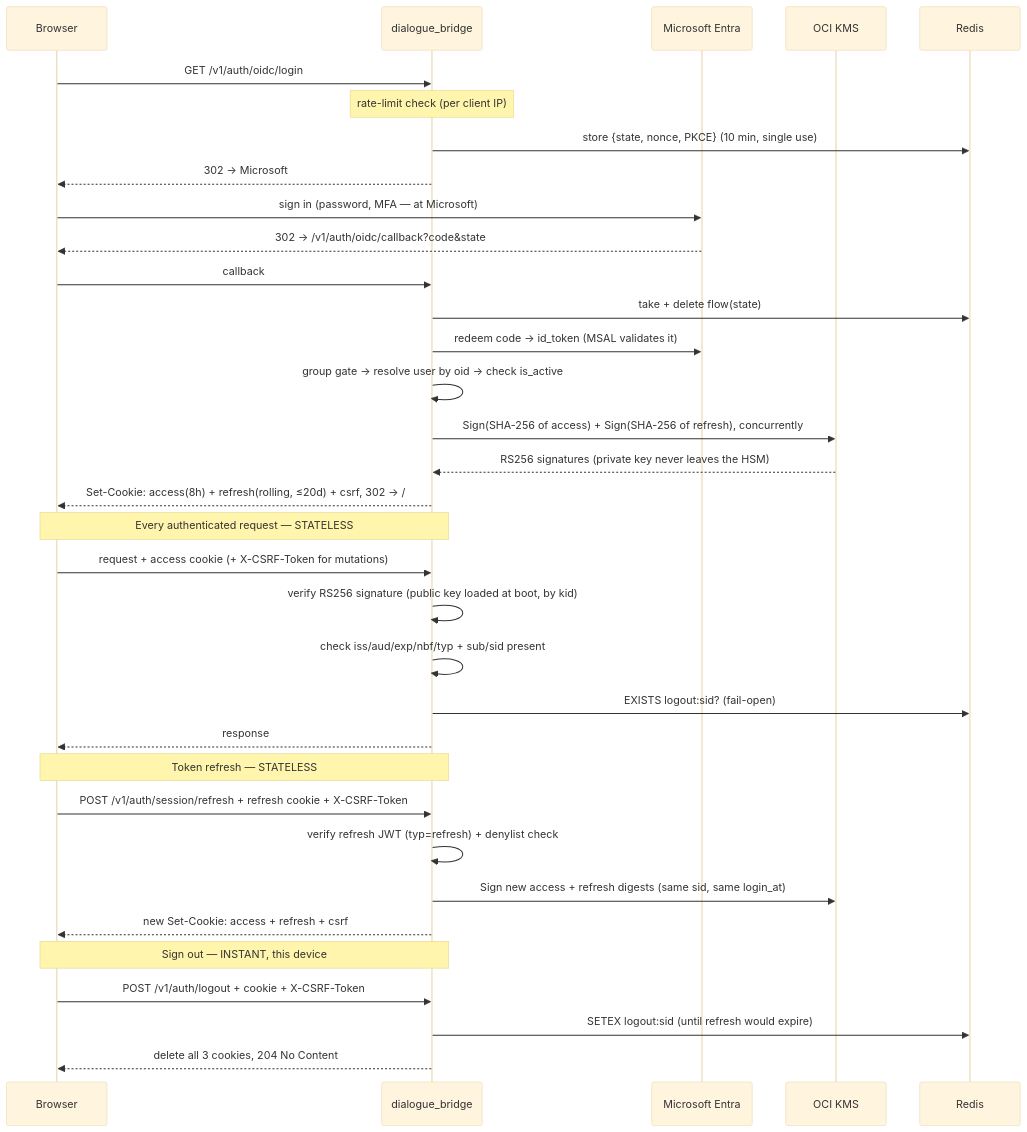
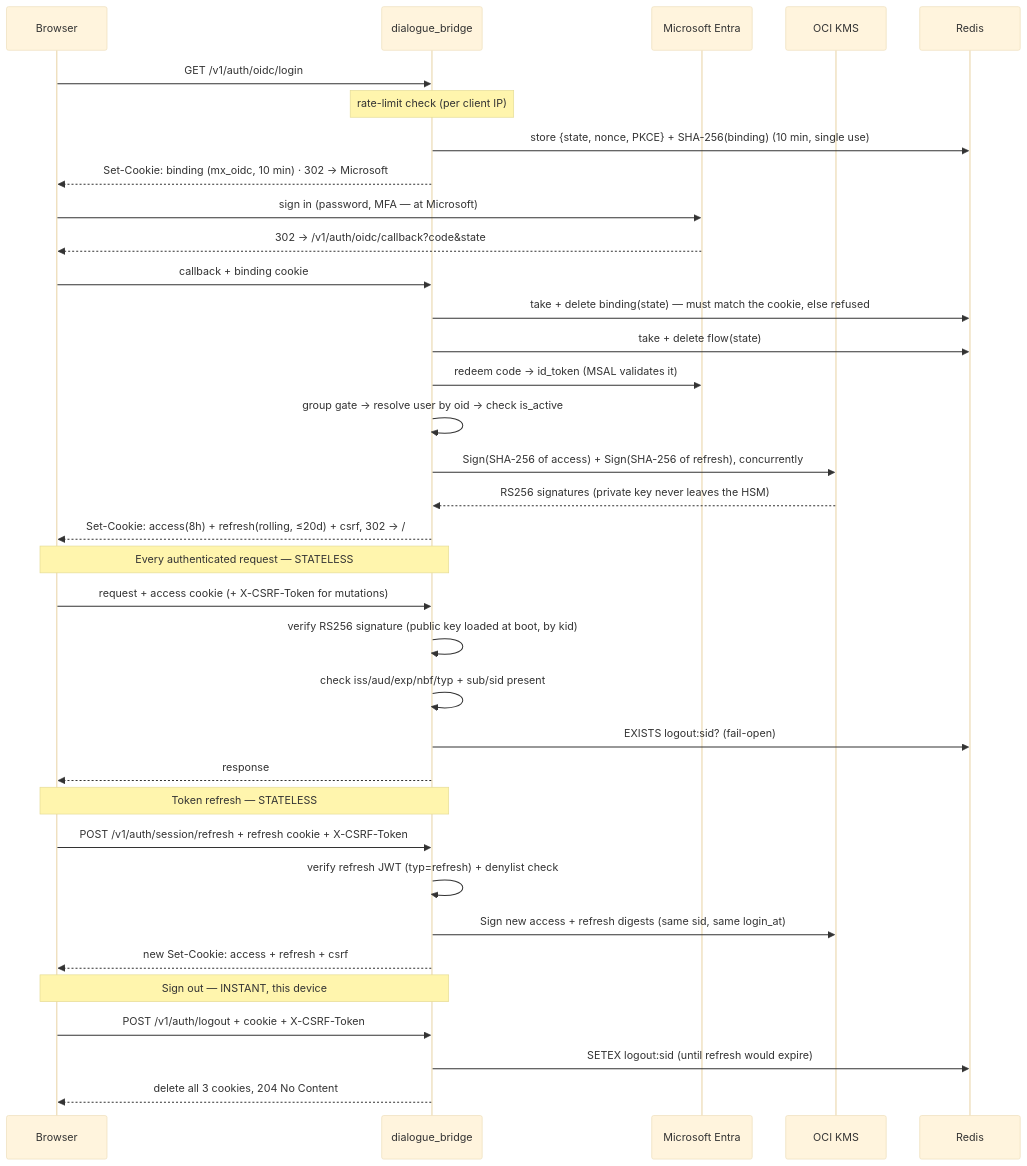
One commit to konstantinosmpouros/mAgenticX changed the second of 13 diagrams in docs/flows/authentication-and-session.md. Above: the diagram before and after it, drawn with Mermaid (base theme). The commit also changed other lines of this file and 9 other files, not shown here.

Commit message:
fix(dialogue_bridge): bind each Microsoft sign-in to the browser that started it to stop login CSRF

````diff
--- a/docs/flows/authentication-and-session.md
+++ b/docs/flows/authentication-and-session.md
@@ -37,40 +37,41 @@
 ```mermaid
 sequenceDiagram
     participant B as Browser
     participant Bridge as dialogue_bridge
     participant E as Microsoft Entra
     participant KMS as OCI KMS
     participant Redis as Redis
 
     B->>Bridge: GET /v1/auth/oidc/login
     Note over Bridge: rate-limit check (per client IP)
-    Bridge->>Redis: store {state, nonce, PKCE} (10 min, single use)
-    Bridge-->>B: 302 → Microsoft
+    Bridge->>Redis: store {state, nonce, PKCE} + SHA-256(binding) (10 min, single use)
+    Bridge-->>B: Set-Cookie: binding (mx_oidc, 10 min) · 302 → Microsoft
     B->>E: sign in (password, MFA — at Microsoft)
     E-->>B: 302 → /v1/auth/oidc/callback?code&state
-    B->>Bridge: callback
+    B->>Bridge: callback + binding cookie
+    Bridge->>Redis: take + delete binding(state) — must match the cookie, else refused
     Bridge->>Redis: take + delete flow(state)
     Bridge->>E: redeem code → id_token (MSAL validates it)
     Bridge->>Bridge: group gate → resolve user by oid → check is_active
     Bridge->>KMS: Sign(SHA-256 of access) + Sign(SHA-256 of refresh), concurrently
     KMS-->>Bridge: RS256 signatures (private key never leaves the HSM)
     Bridge-->>B: Set-Cookie: access(8h) + refresh(rolling, ≤20d) + csrf, 302 → /
 
     Note over B,Bridge: Every authenticated request — STATELESS
     B->>Bridge: request + access cookie (+ X-CSRF-Token for mutations)
     Bridge->>Bridge: verify RS256 signature (public key loaded at boot, by kid)
     Bridge->>Bridge: check iss/aud/exp/nbf/typ + sub/sid present
     Bridge->>Redis: EXISTS logout:sid? (fail-open)
     Bridge-->>B: response
 
     Note over B,Bridge: Token refresh — STATELESS
     B->>Bridge: POST /v1/auth/session/refresh + refresh cookie + X-CSRF-Token
     Bridge->>Bridge: verify refresh JWT (typ=refresh) + denylist check
     Bridge->>KMS: Sign new access + refresh digests (same sid, same login_at)
     Bridge-->>B: new Set-Cookie: access + refresh + csrf
 
     Note over B,Bridge: Sign out — INSTANT, this device
     B->>Bridge: POST /v1/auth/logout + cookie + X-CSRF-Token
     Bridge->>Redis: SETEX logout:sid (until refresh would expire)
     Bridge-->>B: delete all 3 cookies, 204 No Content
 ```
````
